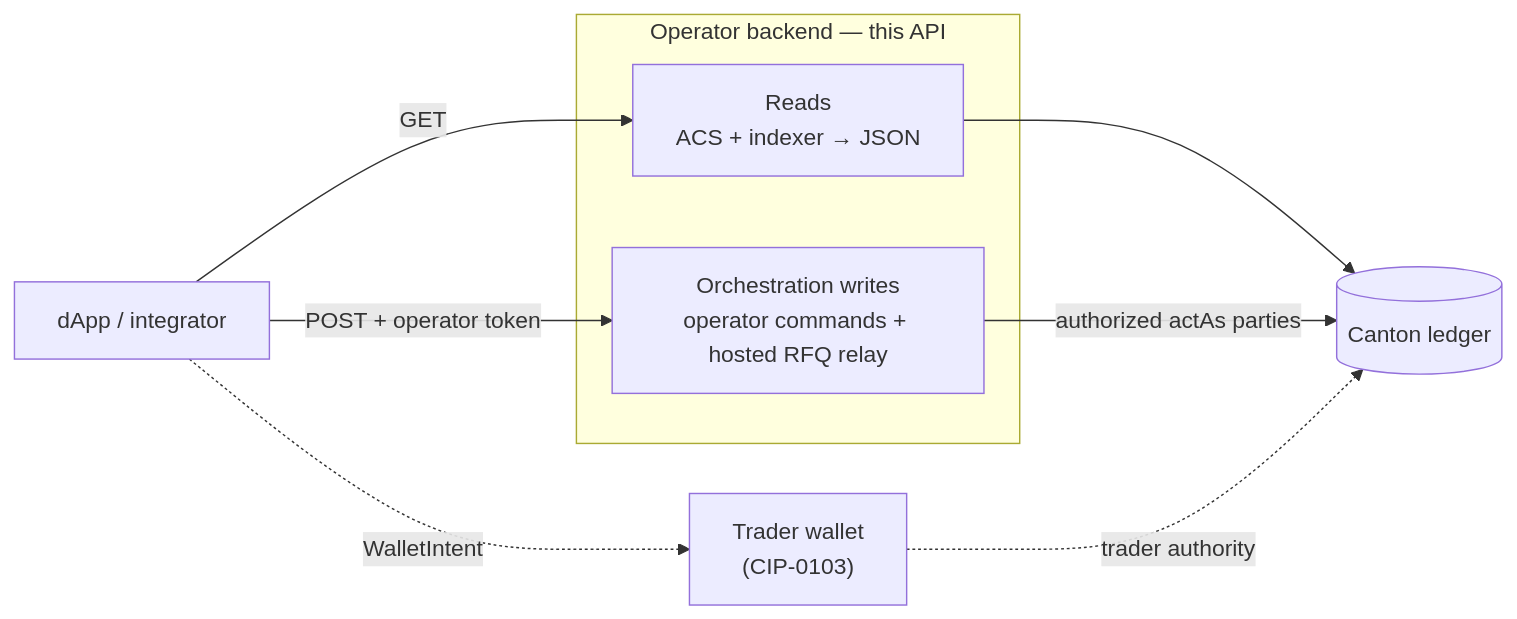
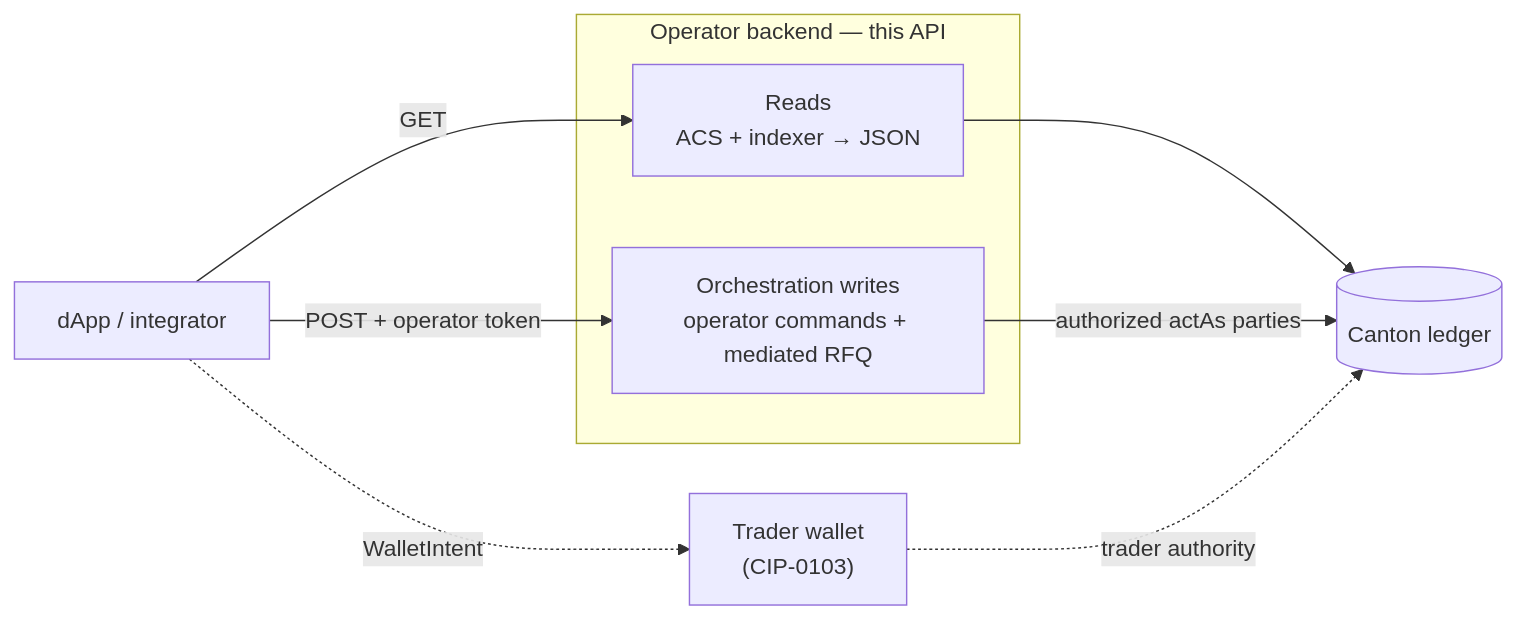
The diagram in docs/reference/http-api.md (srikanth-bitdynamics/Canton-Dex-Reference-Implementation), drawn with Mermaid before and after one commit. The commit also changed other lines of this file and 173 other files, not shown here.

````diff
--- a/docs/reference/http-api.md
+++ b/docs/reference/http-api.md
@@ -23,13 +29,13 @@
 ```mermaid
 flowchart LR
   UI["dApp / integrator"]
   subgraph op["Operator backend — this API"]
     R["Reads<br/>ACS + indexer → JSON"]
-    W["Orchestration writes<br/>operator commands + hosted RFQ relay"]
+    W["Orchestration writes<br/>operator commands + mediated RFQ"]
   end
   A["Trader wallet<br/>(CIP-0103)"]
   L[("Canton ledger")]
   UI -->|GET| R --> L
   UI -->|"POST + operator token"| W -->|authorized actAs parties| L
   UI -.->|WalletIntent| A -.->|trader authority| L
 ```
````
